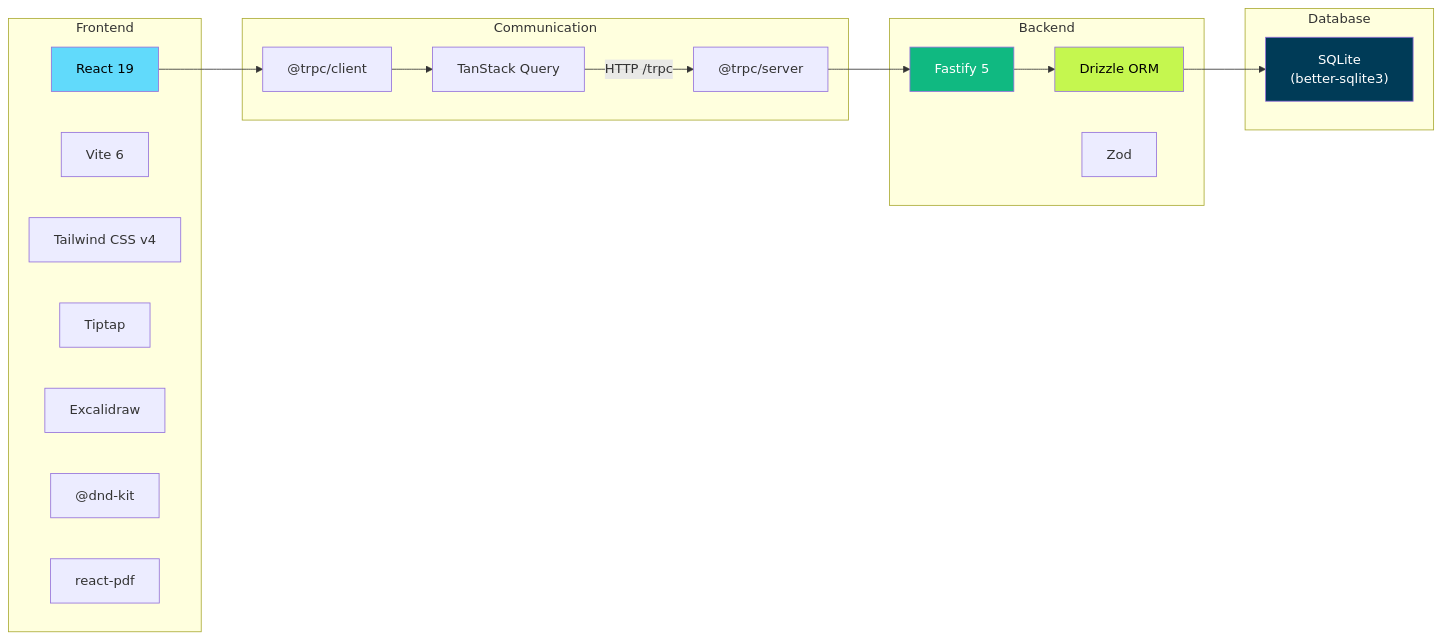
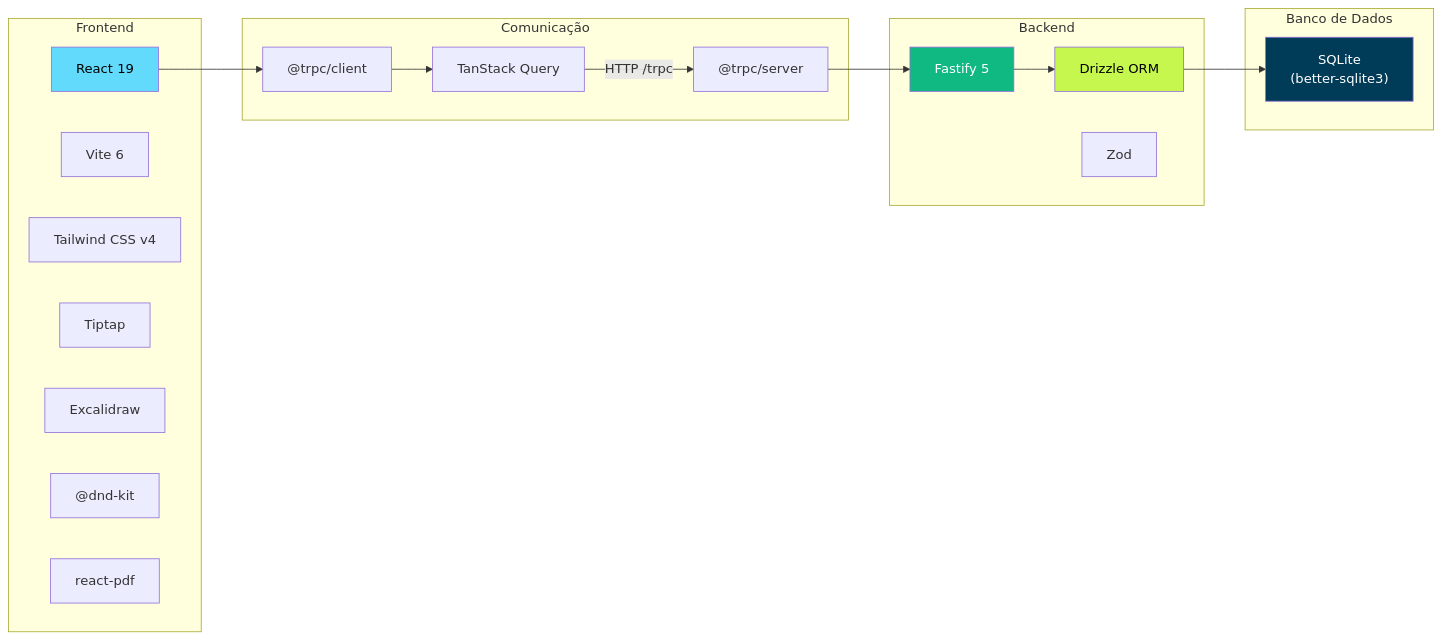
Before and after one commit to JoseJaan/Thoth: the second of 3 diagrams in README.md, drawn with Mermaid. The commit also changed other lines of this file, not shown here.

````diff
--- a/README.md
+++ b/README.md
@@ -47,40 +55,40 @@
 ```mermaid
 graph LR
     subgraph Frontend
         REACT["React 19"]
         VITE["Vite 6"]
         TW["Tailwind CSS v4"]
         TIPTAP["Tiptap"]
         EXCALIDRAW["Excalidraw"]
         DND["@dnd-kit"]
         RPDF["react-pdf"]
     end
 
-    subgraph Communication
+    subgraph Comunicacao["Comunicação"]
         TRPC_C["@trpc/client"]
         TQ["TanStack Query"]
         TRPC_S["@trpc/server"]
     end
 
     subgraph Backend
         FASTIFY["Fastify 5"]
         DRIZZLE["Drizzle ORM"]
         ZOD["Zod"]
     end
 
-    subgraph Database
+    subgraph BancoDeDados["Banco de Dados"]
         SQLITE["SQLite<br/>(better-sqlite3)"]
     end
 
     REACT --> TRPC_C
     TRPC_C --> TQ
     TQ -->|"HTTP /trpc"| TRPC_S
     TRPC_S --> FASTIFY
     FASTIFY --> DRIZZLE
     DRIZZLE --> SQLITE
 
     style REACT fill:#61dafb,color:#000
     style FASTIFY fill:#10b981,color:#fff
     style SQLITE fill:#003b57,color:#fff
     style DRIZZLE fill:#c5f74f,color:#000
 ```
````
